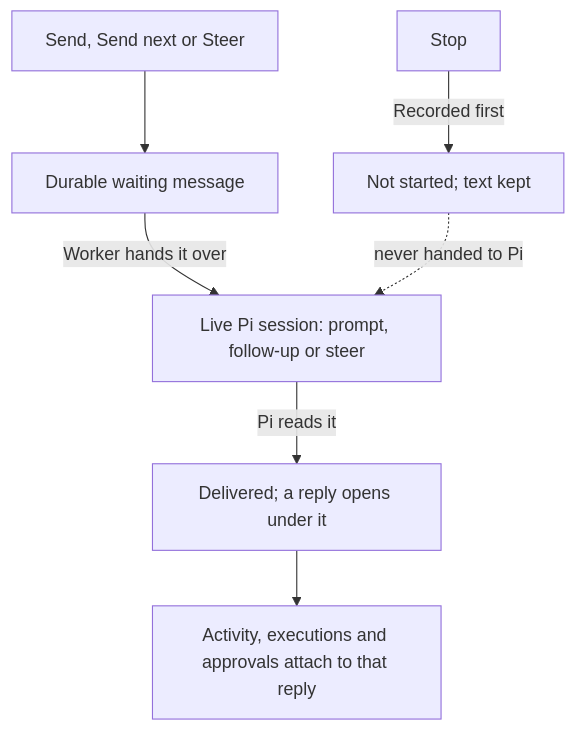
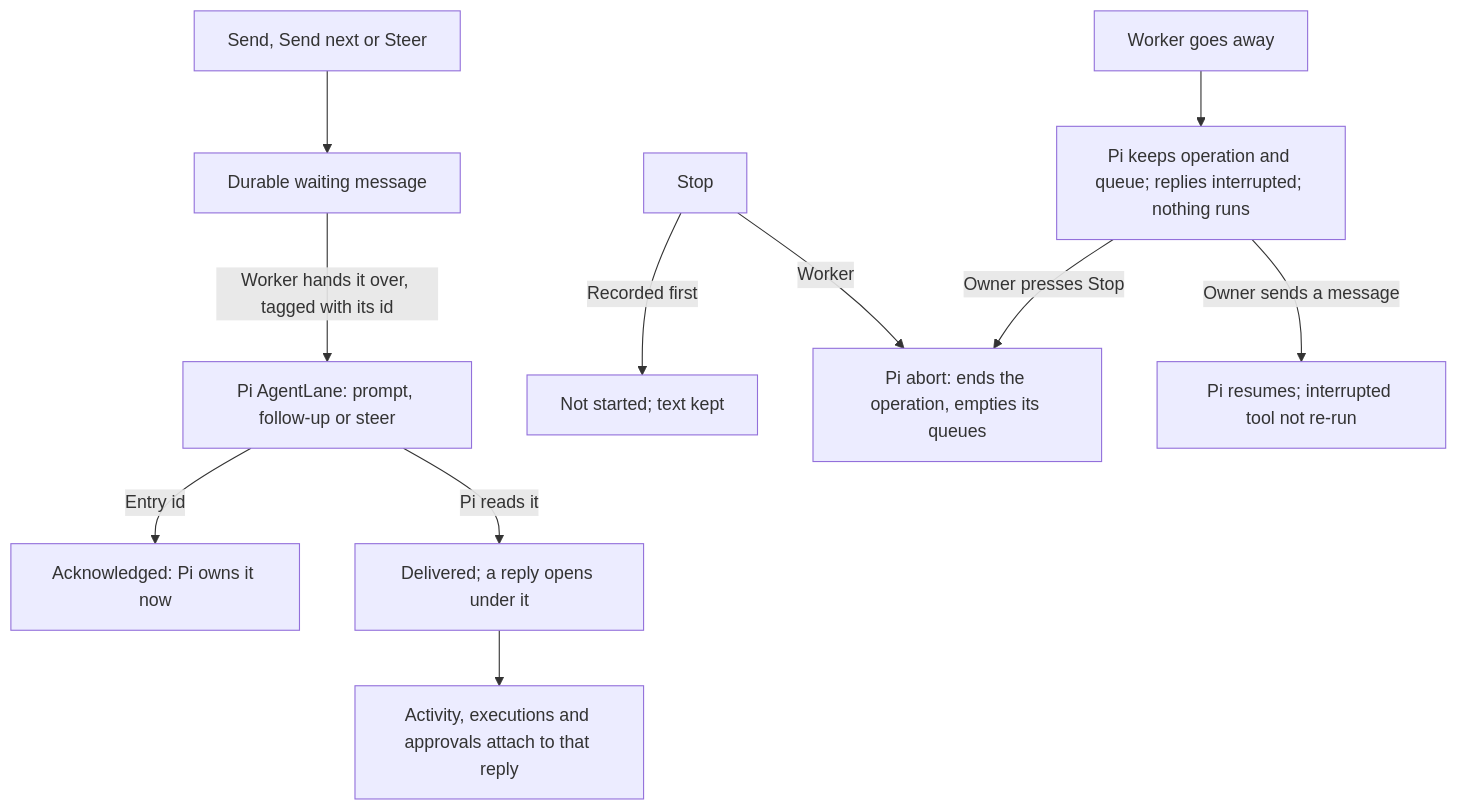
One commit to lustoykov/hallvi changed the diagram in docs/operator-design.md. Above: the diagram before and after it, drawn with Mermaid. The commit also changed other lines of this file and 42 other files, not shown here.

````diff
--- a/docs/operator-design.md
+++ b/docs/operator-design.md
@@ -129,9 +136,13 @@
 ```mermaid
 flowchart TD
   Send[Send, Send next or Steer] --> Saved[Durable waiting message]
-  Saved -->|Worker hands it over| Pi[Live Pi session: prompt, follow-up or steer]
-  Pi -->|Pi reads it| Delivered[Delivered; a reply opens under it]
+  Saved -->|Worker hands it over, tagged with its id| Lane[Pi AgentLane: prompt, follow-up or steer]
+  Lane -->|Entry id| Ack[Acknowledged: Pi owns it now]
+  Lane -->|Pi reads it| Delivered[Delivered; a reply opens under it]
   Delivered --> Evidence[Activity, executions and approvals attach to that reply]
   Stop[Stop] -->|Recorded first| Cancelled[Not started; text kept]
-  Cancelled -.->|never handed to Pi| Pi
+  Stop -->|Worker| Abort[Pi abort: ends the operation, empties its queues]
+  Gone[Worker goes away] --> Held[Pi keeps operation and queue; replies interrupted; nothing runs]
+  Held -->|Owner sends a message| Resume[Pi resumes; interrupted tool not re-run]
+  Held -->|Owner presses Stop| Abort
 ```
````
